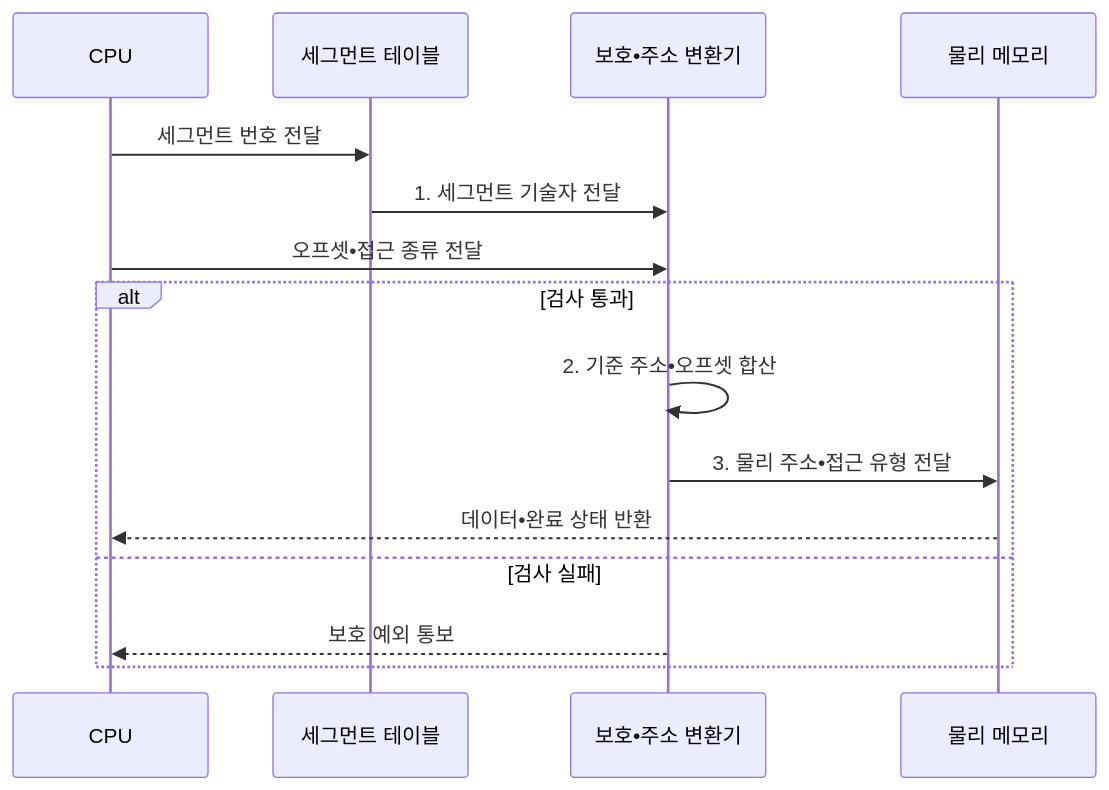
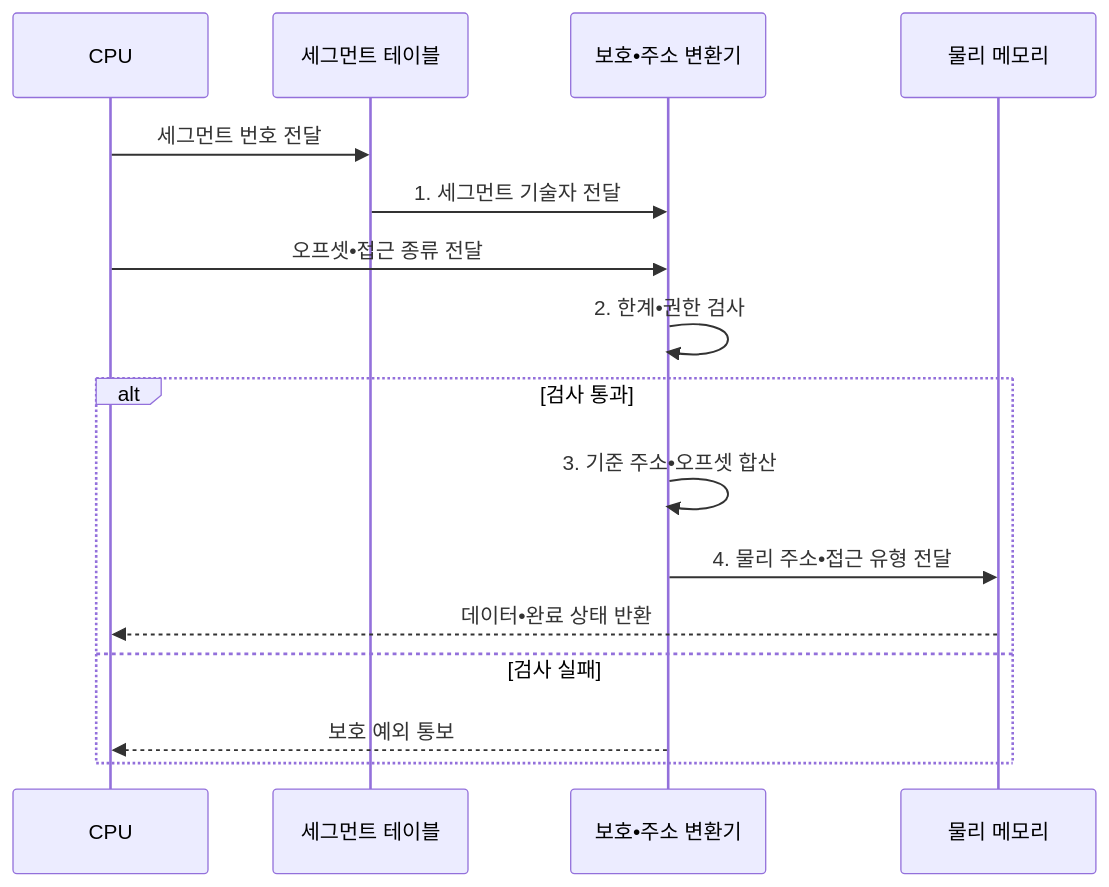
Before and after one commit to agnusdei1207/knowledge-base: the second of 2 diagrams in src/content/docs/notes/02-hardware/019_segmentation.md, drawn with Mermaid. The commit also changed other lines of this file and 10 other files, not shown here.

````diff
--- a/src/content/docs/notes/02-hardware/019_segmentation.md
+++ b/src/content/docs/notes/02-hardware/019_segmentation.md
@@ -97,17 +97,18 @@
 ```mermaid
 sequenceDiagram
     participant C as CPU
     participant T as 세그먼트 테이블
     participant P as 보호•주소 변환기
     participant M as 물리 메모리
     C->>T: 세그먼트 번호 전달
     T->>P: 1. 세그먼트 기술자 전달
     C->>P: 오프셋•접근 종류 전달
+    P->>P: 2. 한계•권한 검사
     alt 검사 통과
-        P->>P: 2. 기준 주소•오프셋 합산
-        P->>M: 3. 물리 주소•접근 유형 전달
+        P->>P: 3. 기준 주소•오프셋 합산
+        P->>M: 4. 물리 주소•접근 유형 전달
         M-->>C: 데이터•완료 상태 반환
     else 검사 실패
         P-->>C: 보호 예외 통보
     end
 ```
````
